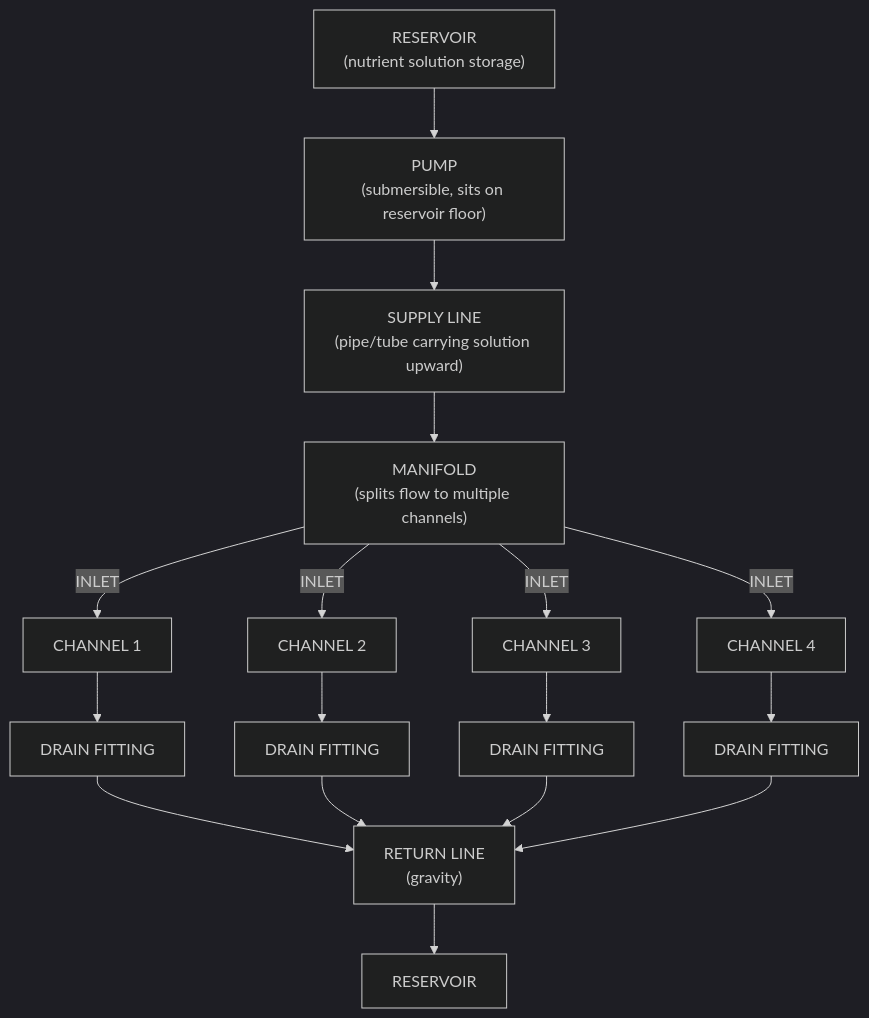
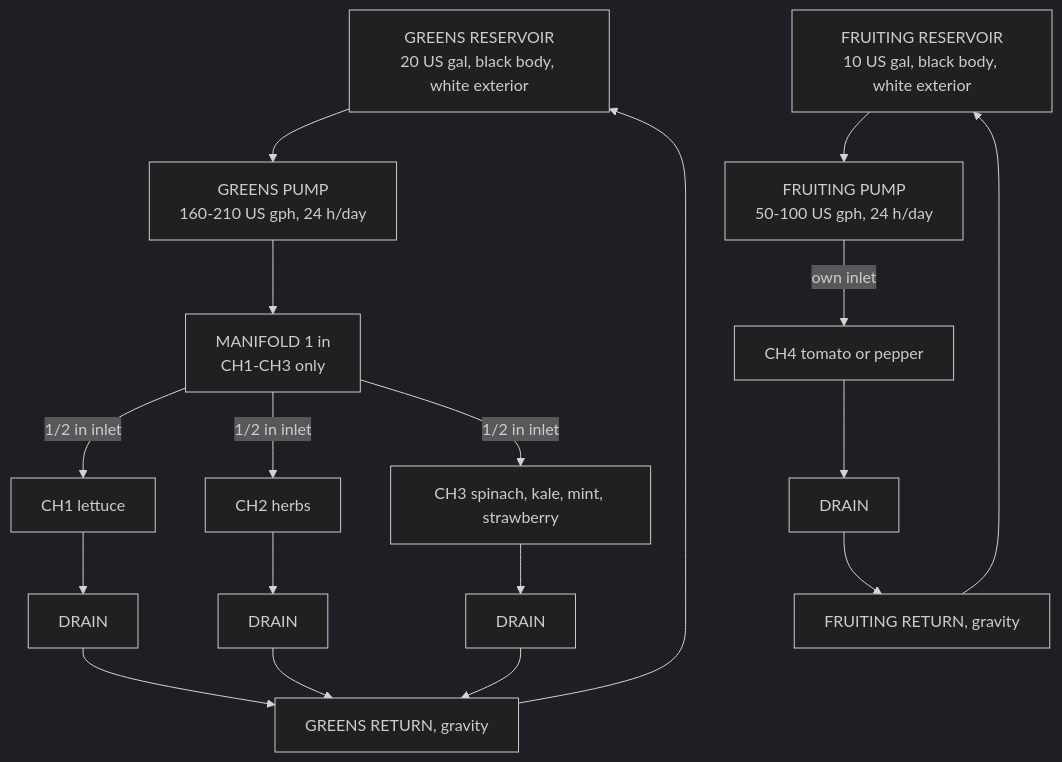
The second of 4 diagrams in guide/nft/01-nft-basics.md (UncleJS/guide_hydroponics), drawn with Mermaid (dark theme) before and after one commit. The commit also changed other lines of this file and 35 other files, not shown here.

````diff
--- a/guide/nft/01-nft-basics.md
+++ b/guide/nft/01-nft-basics.md
@@ -86,32 +89,25 @@
 ```mermaid
 flowchart TD
-    RES1["RESERVOIR<br/>(nutrient solution storage)"]
-    PUMP["PUMP<br/>(submersible, sits on reservoir floor)"]
-    SUPPLY["SUPPLY LINE<br/>(pipe/tube carrying solution upward)"]
-    MAN["MANIFOLD<br/>(splits flow to multiple channels)"]
+    RESG["GREENS RESERVOIR<br/>20 US gal, black body, white exterior"]
+    PUMPG["GREENS PUMP<br/>160-210 US gph, 24 h/day"]
+    MANG["MANIFOLD 1 in<br/>CH1-CH3 only"]
+    CH1["CH1 lettuce"]
+    CH2["CH2 herbs"]
+    CH3["CH3 spinach, kale, mint, strawberry"]
+    D1["DRAIN"]
+    D2["DRAIN"]
+    D3["DRAIN"]
+    RETG["GREENS RETURN, gravity"]
 
-    CH1["CHANNEL 1"]
-    CH2["CHANNEL 2"]
-    CH3["CHANNEL 3"]
-    CH4["CHANNEL 4"]
+    RESF["FRUITING RESERVOIR<br/>10 US gal, black body, white exterior"]
+    PUMPF["FRUITING PUMP<br/>50-100 US gph, 24 h/day"]
+    CH4["CH4 tomato or pepper"]
+    D4["DRAIN"]
+    RETF["FRUITING RETURN, gravity"]
 
-    D1["DRAIN FITTING"]
-    D2["DRAIN FITTING"]
-    D3["DRAIN FITTING"]
-    D4["DRAIN FITTING"]
-
-    RETURN["RETURN LINE<br/>(gravity)"]
-    RES2["RESERVOIR"]
-
-    RES1 --> PUMP --> SUPPLY --> MAN
-    MAN -->|INLET| CH1 --> D1
-    MAN -->|INLET| CH2 --> D2
-    MAN -->|INLET| CH3 --> D3
-    MAN -->|INLET| CH4 --> D4
-
-    D1 --> RETURN
-    D2 --> RETURN
-    D3 --> RETURN
-    D4 --> RETURN
-    RETURN --> RES2
+    RESG --> PUMPG --> MANG
+    MANG -->|1/2 in inlet| CH1 --> D1 --> RETG --> RESG
+    MANG -->|1/2 in inlet| CH2 --> D2 --> RETG
+    MANG -->|1/2 in inlet| CH3 --> D3 --> RETG
+    RESF --> PUMPF -->|own inlet| CH4 --> D4 --> RETF --> RESF
 ```
````
